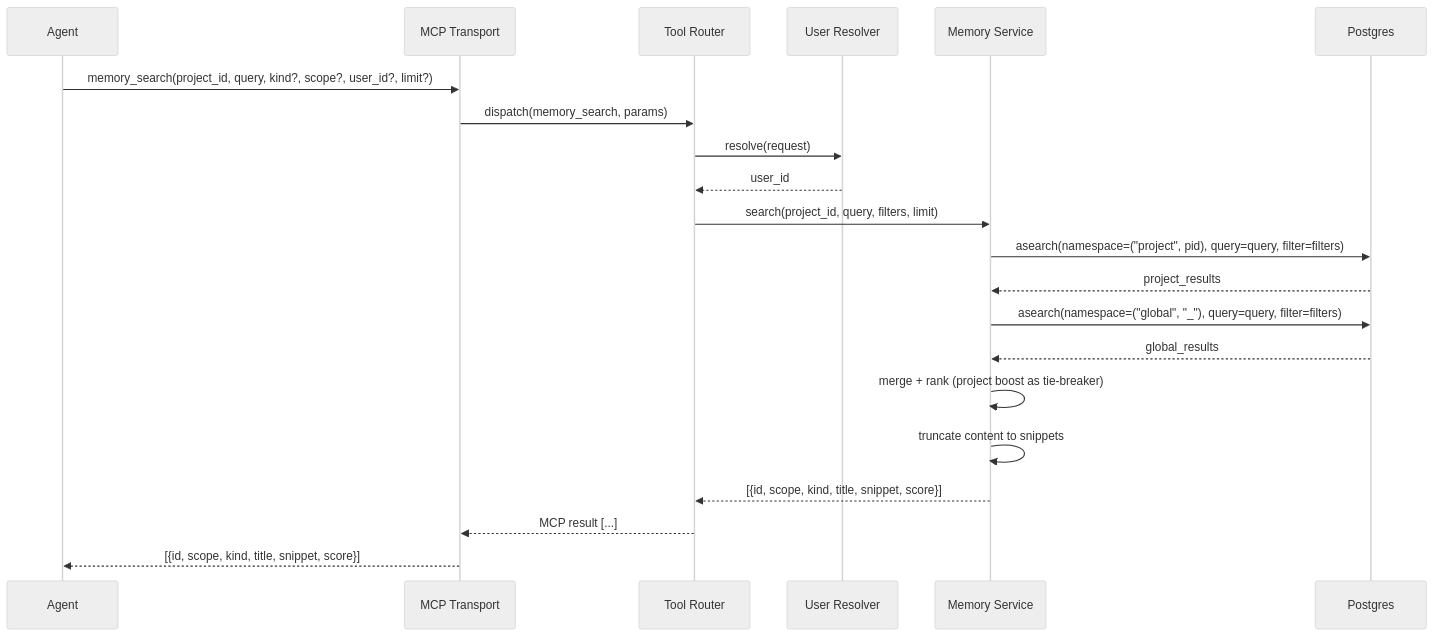
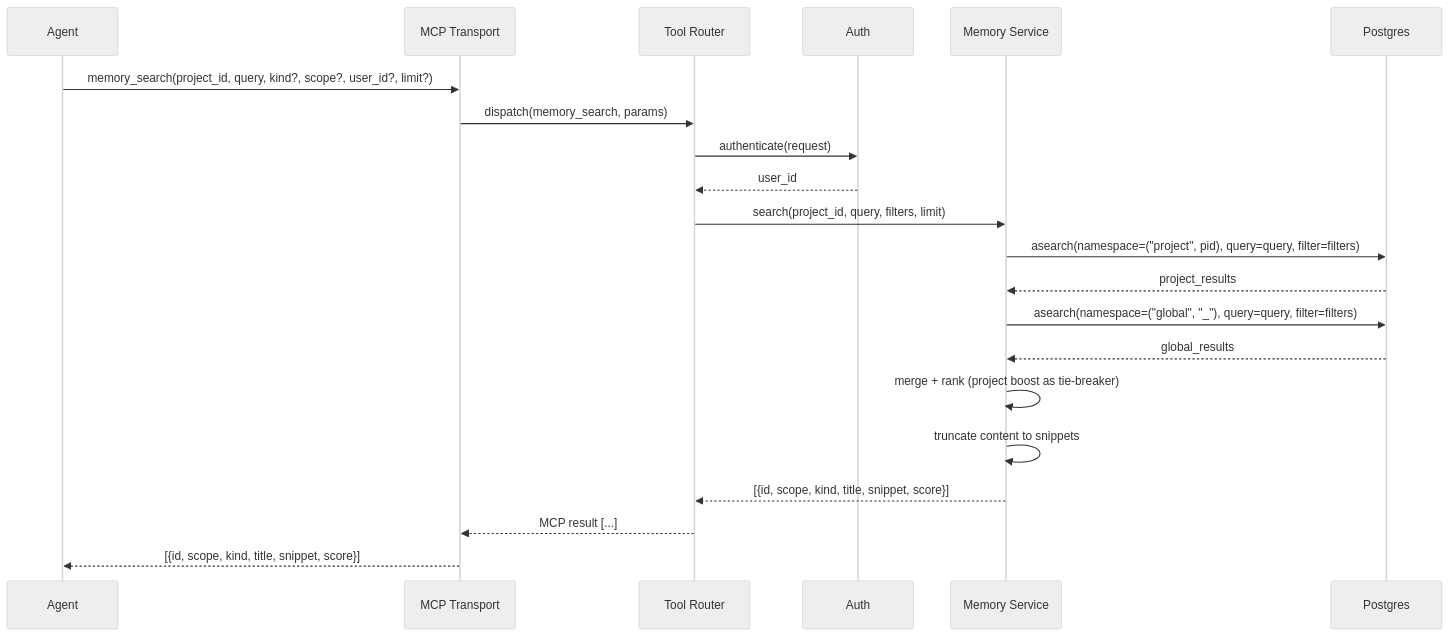
One commit to mironyx/recall changed the third of 6 diagrams in docs/design/v2-design.md. Above: the diagram before and after it, drawn with Mermaid (neutral theme). The commit also changed other lines of this file, not shown here.

````diff
--- a/docs/design/v2-design.md
+++ b/docs/design/v2-design.md
@@ -433,24 +474,24 @@
 ```mermaid
 sequenceDiagram
     participant A as Agent
     participant T as MCP Transport
     participant R as Tool Router
-    participant U as User Resolver
+    participant U as Auth
     participant M as Memory Service
     participant DB as Postgres
 
     A->>T: memory_search(project_id, query, kind?, scope?, user_id?, limit?)
     T->>R: dispatch(memory_search, params)
-    R->>U: resolve(request)
+    R->>U: authenticate(request)
     U-->>R: user_id
     R->>M: search(project_id, query, filters, limit)
     M->>DB: asearch(namespace=("project", pid), query=query, filter=filters)
     DB-->>M: project_results
     M->>DB: asearch(namespace=("global", "_"), query=query, filter=filters)
     DB-->>M: global_results
     M->>M: merge + rank (project boost as tie-breaker)
     M->>M: truncate content to snippets
     M-->>R: [{id, scope, kind, title, snippet, score}]
     R-->>T: MCP result [...]
     T-->>A: [{id, scope, kind, title, snippet, score}]
 ```
````
